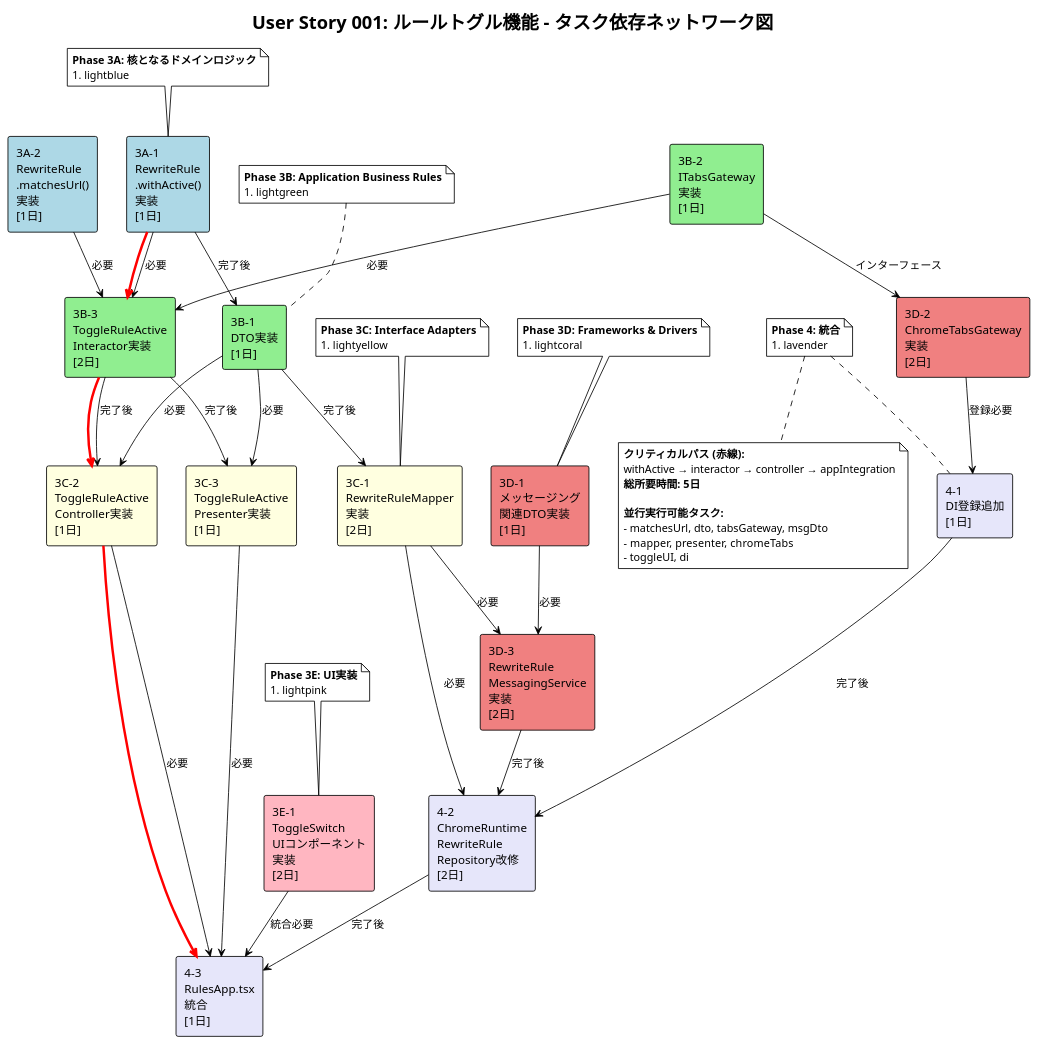
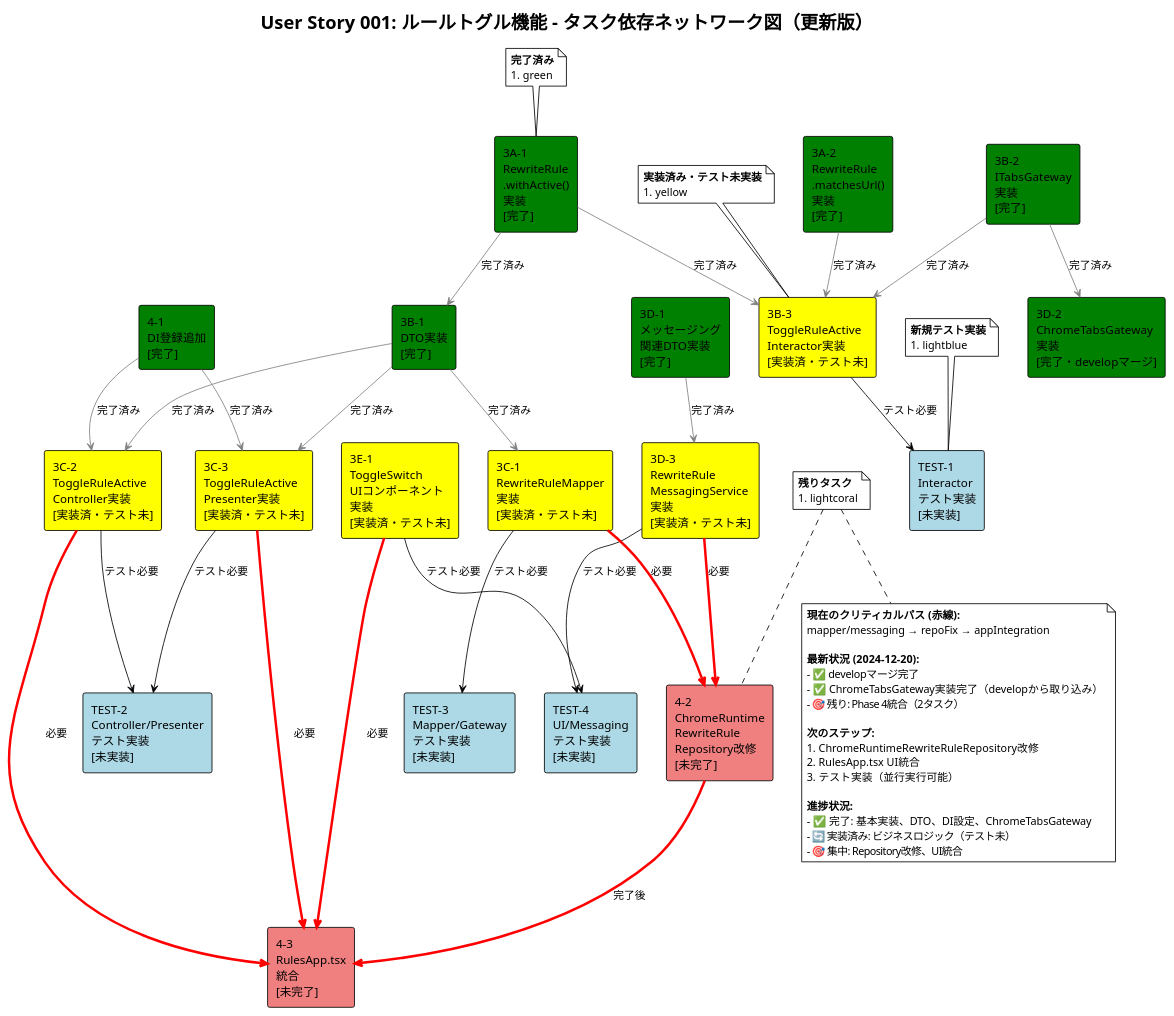
The diagram in docs/user-stories/user-story-001/04-network-diagram.puml (akAredminEogre/frog-frame-front), drawn with PlantUML before and after one commit. The commit also changed 1 other file, not shown here.

```diff
--- a/docs/user-stories/user-story-001/04-network-diagram.puml
+++ b/docs/user-stories/user-story-001/04-network-diagram.puml
@@ -1,104 +1,105 @@
 @startuml
 !theme plain
-title User Story 001: ルールトグル機能 - タスク依存ネットワーク図
+title User Story 001: ルールトグル機能 - タスク依存ネットワーク図（更新版）
 
 ' ノード定義（タスク）
-rectangle "3A-1\nRewriteRule\n.withActive()\n実装\n[1日]" as withActive #lightblue
-rectangle "3A-2\nRewriteRule\n.matchesUrl()\n実装\n[1日]" as matchesUrl #lightblue
+rectangle "3A-1\nRewriteRule\n.withActive()\n実装\n[完了]" as withActive #green
+rectangle "3A-2\nRewriteRule\n.matchesUrl()\n実装\n[完了]" as matchesUrl #green
 
-rectangle "3B-1\nDTO実装\n[1日]" as dto #lightgreen
-rectangle "3B-2\nITabsGateway\n実装\n[1日]" as tabsGateway #lightgreen
-rectangle "3B-3\nToggleRuleActive\nInteractor実装\n[2日]" as interactor #lightgreen
+rectangle "3B-1\nDTO実装\n[完了]" as dto #green
+rectangle "3B-2\nITabsGateway\n実装\n[完了]" as tabsGateway #green
+rectangle "3B-3\nToggleRuleActive\nInteractor実装\n[実装済・テスト未]" as interactor #yellow
 
-rectangle "3C-1\nRewriteRuleMapper\n実装\n[2日]" as mapper #lightyellow
-rectangle "3C-2\nToggleRuleActive\nController実装\n[1日]" as controller #lightyellow
-rectangle "3C-3\nToggleRuleActive\nPresenter実装\n[1日]" as presenter #lightyellow
+rectangle "3C-1\nRewriteRuleMapper\n実装\n[実装済・テスト未]" as mapper #yellow
+rectangle "3C-2\nToggleRuleActive\nController実装\n[実装済・テスト未]" as controller #yellow
+rectangle "3C-3\nToggleRuleActive\nPresenter実装\n[実装済・テスト未]" as presenter #yellow
 
-rectangle "3D-1\nメッセージング\n関連DTO実装\n[1日]" as msgDto #lightcoral
-rectangle "3D-2\nChromeTabsGateway\n実装\n[2日]" as chromeTabs #lightcoral
-rectangle "3D-3\nRewriteRule\nMessagingService\n実装\n[2日]" as messaging #lightcoral
+rectangle "3D-1\nメッセージング\n関連DTO実装\n[完了]" as msgDto #green
+rectangle "3D-2\nChromeTabsGateway\n実装\n[完了・developマージ]" as chromeTabs #green
+rectangle "3D-3\nRewriteRule\nMessagingService\n実装\n[実装済・テスト未]" as messaging #yellow
 
-rectangle "3E-1\nToggleSwitch\nUIコンポーネント\n実装\n[2日]" as toggleUI #lightpink
+rectangle "3E-1\nToggleSwitch\nUIコンポーネント\n実装\n[実装済・テスト未]" as toggleUI #yellow
 
-rectangle "4-1\nDI登録追加\n[1日]" as di #lavender
-rectangle "4-2\nChromeRuntime\nRewriteRule\nRepository改修\n[2日]" as repoFix #lavender
-rectangle "4-3\nRulesApp.tsx\n統合\n[1日]" as appIntegration #lavender
+rectangle "4-1\nDI登録追加\n[完了]" as di #green
+rectangle "4-2\nChromeRuntime\nRewriteRule\nRepository改修\n[未完了]" as repoFix #lightcoral
+rectangle "4-3\nRulesApp.tsx\n統合\n[未完了]" as appIntegration #lightcoral
+
+' 新規追加: テストタスク
+rectangle "TEST-1\nInteractor\nテスト実装\n[未実装]" as testInteractor #lightblue
+rectangle "TEST-2\nController/Presenter\nテスト実装\n[未実装]" as testControllerPresenter #lightblue
+rectangle "TEST-3\nMapper/Gateway\nテスト実装\n[未実装]" as testMapperGateway #lightblue
+rectangle "TEST-4\nUI/Messaging\nテスト実装\n[未実装]" as testUIMessaging #lightblue
 
 ' 依存関係（矢印）
-withActive --> dto : 完了後
-withActive --> interactor : 必要
-matchesUrl --> interactor : 必要
+' 実装完了済みの依存関係（グレー）
+withActive -[#gray]-> dto : 完了済み
+withActive -[#gray]-> interactor : 完了済み
+matchesUrl -[#gray]-> interactor : 完了済み
+dto -[#gray]-> mapper : 完了済み
+dto -[#gray]-> controller : 完了済み
+dto -[#gray]-> presenter : 完了済み
+tabsGateway -[#gray]-> interactor : 完了済み
+tabsGateway -[#gray]-> chromeTabs : 完了済み
+msgDto -[#gray]-> messaging : 完了済み
+di -[#gray]-> controller : 完了済み
+di -[#gray]-> presenter : 完了済み
 
-dto --> mapper : 完了後
-dto --> controller : 必要
-dto --> presenter : 必要
+' 新規追加: テスト依存関係
+interactor --> testInteractor : テスト必要
+controller --> testControllerPresenter : テスト必要
+presenter --> testControllerPresenter : テスト必要
+mapper --> testMapperGateway : テスト必要
+toggleUI --> testUIMessaging : テスト必要
+messaging --> testUIMessaging : テスト必要
 
-tabsGateway --> interactor : 必要
-tabsGateway --> chromeTabs : インターフェース
-
-interactor --> controller : 完了後
-interactor --> presenter : 完了後
-
-mapper --> messaging : 必要
-mapper --> repoFix : 必要
-
-controller --> appIntegration : 必要
-presenter --> appIntegration : 必要
-
-msgDto --> messaging : 必要
-chromeTabs --> di : 登録必要
-messaging --> repoFix : 完了後
-
-toggleUI --> appIntegration : 統合必要
-
-di --> repoFix : 完了後
-repoFix --> appIntegration : 完了後
+' 残りの主要依存関係（統合タスク）
+mapper -[#red,thickness=3]-> repoFix : 必要
+messaging -[#red,thickness=3]-> repoFix : 必要
+controller -[#red,thickness=3]-> appIntegration : 必要
+presenter -[#red,thickness=3]-> appIntegration : 必要
+toggleUI -[#red,thickness=3]-> appIntegration : 必要
+repoFix -[#red,thickness=3]-> appIntegration : 完了後
 
 ' 色分け凡例
 note top of withActive
-**Phase 3A: 核となるドメインロジック**
+**完了済み**
+#green
+end note
+
+note top of interactor
+**実装済み・テスト未実装**
+#yellow
+end note
+
+note top of testInteractor
+**新規テスト実装**
 #lightblue
 end note
 
-note top of dto
-**Phase 3B: Application Business Rules**
-#lightgreen
-end note
-
-note top of mapper
-**Phase 3C: Interface Adapters**
-#lightyellow
-end note
-
-note top of msgDto
-**Phase 3D: Frameworks & Drivers**
+note top of repoFix
+**残りタスク**
 #lightcoral
 end note
 
-note top of toggleUI
-**Phase 3E: UI実装**
-#lightpink
-end note
+' 現在のクリティカルパス
+note bottom
+**現在のクリティカルパス (赤線):**
+mapper/messaging → repoFix → appIntegration
 
-note top of di
-**Phase 4: 統合**
-#lavender
-end note
+**最新状況 (2024-12-20):**
+- ✅ developマージ完了
+- ✅ ChromeTabsGateway実装完了（developから取り込み）
+- 🎯 残り: Phase 4統合（2タスク）
 
-' クリティカルパス強調
-withActive -[#red,thickness=3]-> interactor
-interactor -[#red,thickness=3]-> controller
-controller -[#red,thickness=3]-> appIntegration
+**次のステップ:**
+1. ChromeRuntimeRewriteRuleRepository改修
+2. RulesApp.tsx UI統合
+3. テスト実装（並行実行可能）
 
-note bottom
-**クリティカルパス (赤線):**
-withActive → interactor → controller → appIntegration
-**総所要時間: 5日**
-
-**並行実行可能タスク:**
-- matchesUrl, dto, tabsGateway, msgDto
-- mapper, presenter, chromeTabs
-- toggleUI, di
+**進捗状況:**
+- ✅ 完了: 基本実装、DTO、DI設定、ChromeTabsGateway
+- 🔄 実装済み: ビジネスロジック（テスト未）
+- 🎯 集中: Repository改修、UI統合
 end note
 
 @enduml
```
